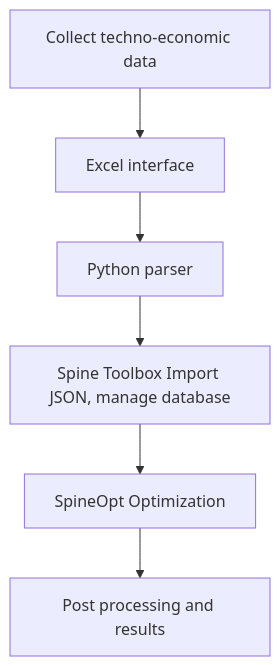
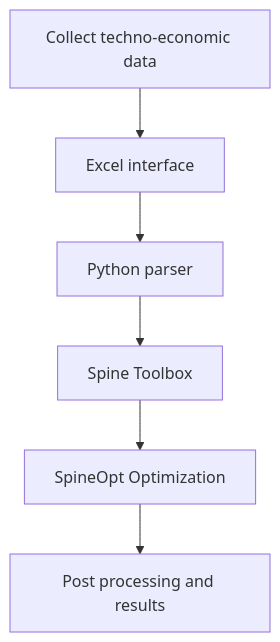
One commit to tbaptistal/MORPHE2US changed the diagram in docs/1_about.md. Above: the diagram before and after it, drawn with Mermaid.

Commit message:
removing part s

````diff
--- a/docs/1_about.md
+++ b/docs/1_about.md
@@ -34,19 +34,19 @@
 ```{mermaid}
 flowchart TD
 
 
     A[Collect techno-economic data]
 
     B[Excel interface]
 
     C[Python parser]
 
-    D[Spine Toolbox Import JSON, manage database]
+    D[Spine Toolbox]
 
     E[SpineOpt Optimization]
 
     F[Post processing and results]
 
     A --> B --> C --> D --> E --> F
 
 ```
````
